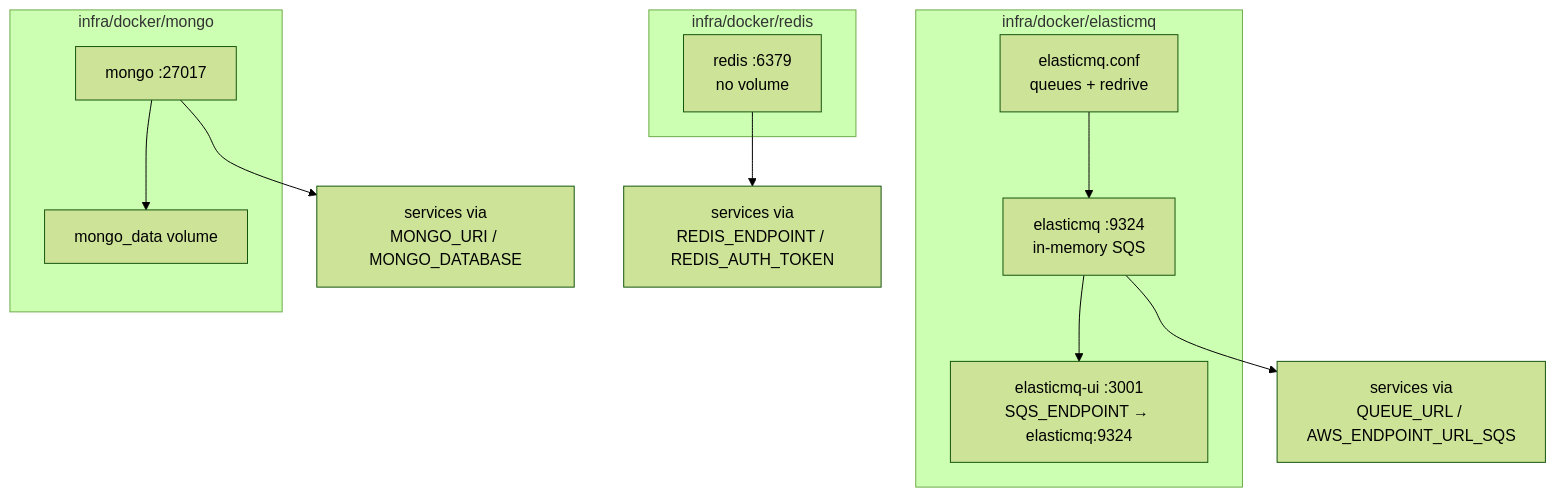
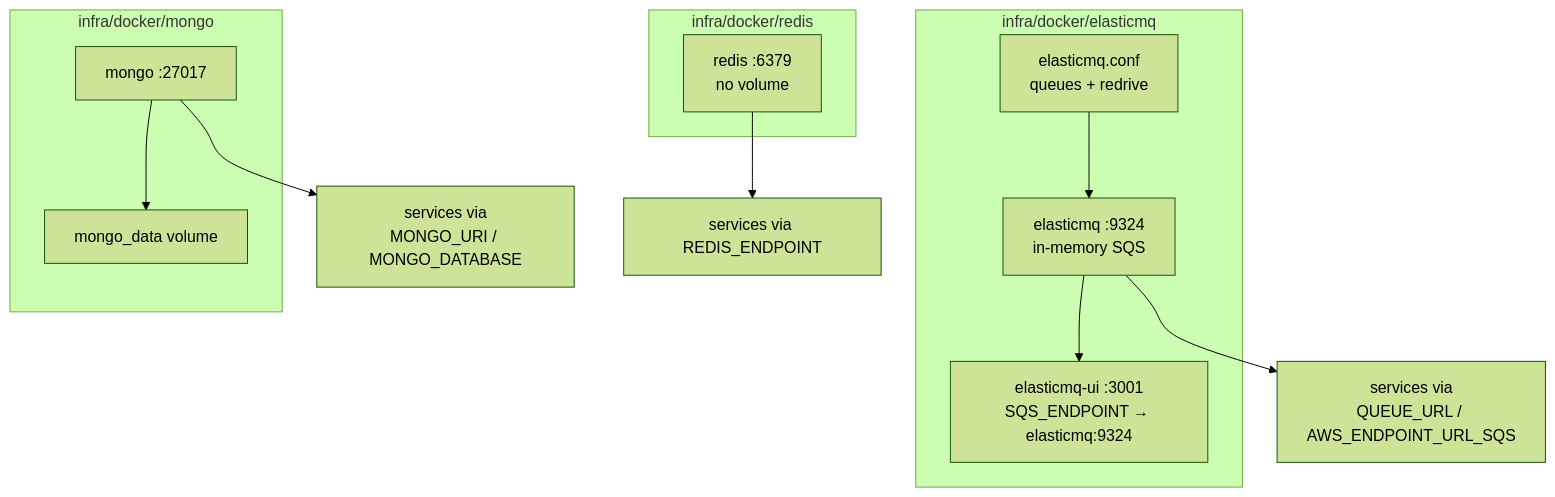
Before and after one commit to kunalPisolkar24/detectAI: the first of 3 diagrams in infra/docs/concepts/docker-twins.md, drawn with Mermaid (forest theme). The commit also changed 48 other files, not shown here.

Commit message:
Migrate shared cache to ElastiCache Serverless and remove chats Redis auth token

````diff
--- a/infra/docs/concepts/docker-twins.md
+++ b/infra/docs/concepts/docker-twins.md
@@ -17,24 +17,24 @@
 ```mermaid
 graph TB
     subgraph EQ["infra/docker/elasticmq"]
         E1["elasticmq :9324<br/>in-memory SQS"]
         E2["elasticmq-ui :3001<br/>SQS_ENDPOINT → elasticmq:9324"]
         CONF["elasticmq.conf<br/>queues + redrive"]
         E1 --> E2
         CONF --> E1
     end
 
     subgraph MO["infra/docker/mongo"]
         M1["mongo :27017"]
         VOL["mongo_data volume"]
         M1 --> VOL
     end
 
     subgraph RE["infra/docker/redis"]
         R1["redis :6379<br/>no volume"]
     end
 
     E1 --> SVC["services via<br/>QUEUE_URL / AWS_ENDPOINT_URL_SQS"]
-    R1 --> CACHE["services via<br/>REDIS_ENDPOINT / REDIS_AUTH_TOKEN"]
+    R1 --> CACHE["services via REDIS_ENDPOINT"]
     M1 --> DB["services via<br/>MONGO_URI / MONGO_DATABASE"]
 ```
````
